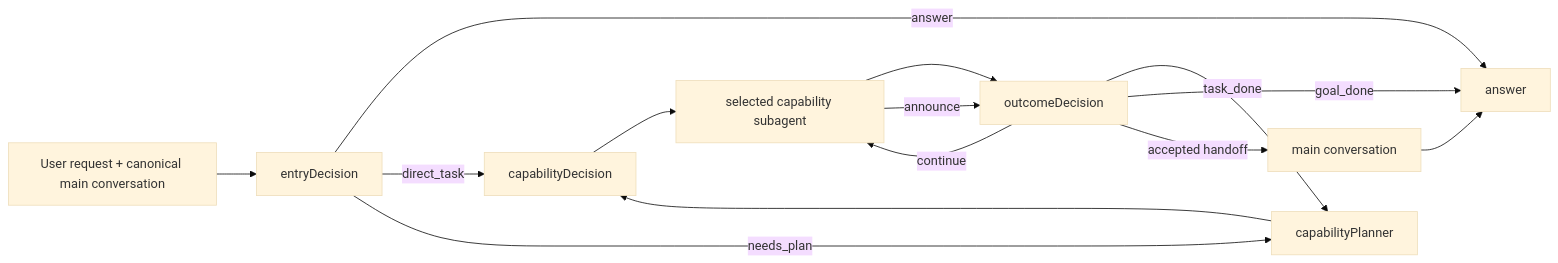
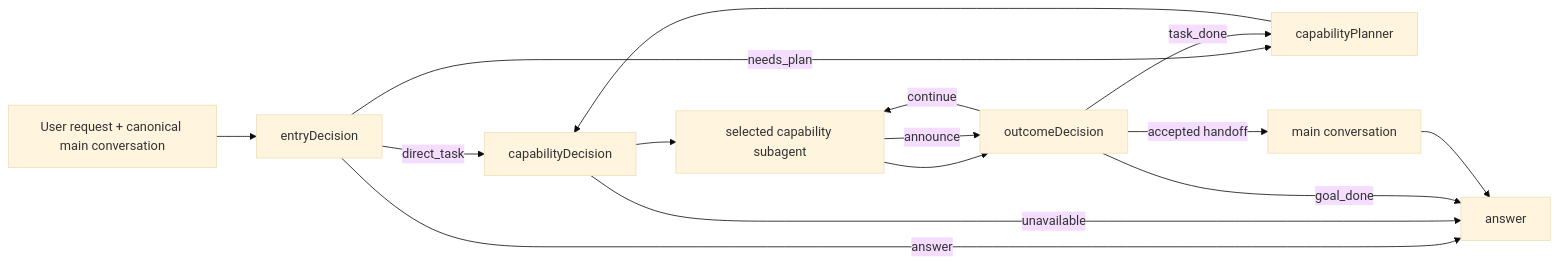
One commit to pinpawo/pinpawo-agent changed the diagram in docs/wiki/overview.md. Above: the diagram before and after it, drawn with Mermaid (base theme). The commit also changed other lines of this file and 24 other files, not shown here.

````diff
--- a/docs/wiki/overview.md
+++ b/docs/wiki/overview.md
@@ -30,16 +30,17 @@
 ```mermaid
 flowchart LR
   U["User request + canonical main conversation"] --> E["entryDecision"]
   E -->|answer| A["answer"]
   E -->|direct_task| C["capabilityDecision"]
   E -->|needs_plan| P["capabilityPlanner"]
   P --> C
   C --> X["selected capability subagent"]
+  C -->|unavailable| A
   X --> O["outcomeDecision"]
   O -->|continue| X
   O -->|task_done| P
   O -->|goal_done| A
   X -->|announce| O
   O -->|accepted handoff| M["main conversation"]
   M --> A
 ```
````
